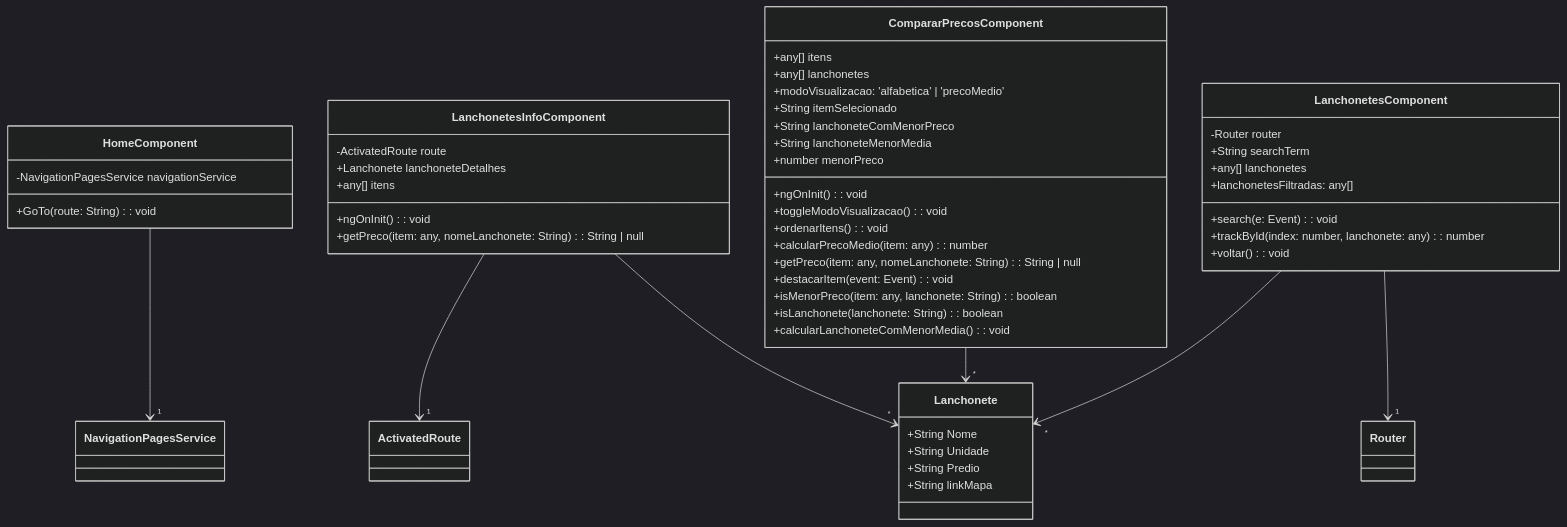
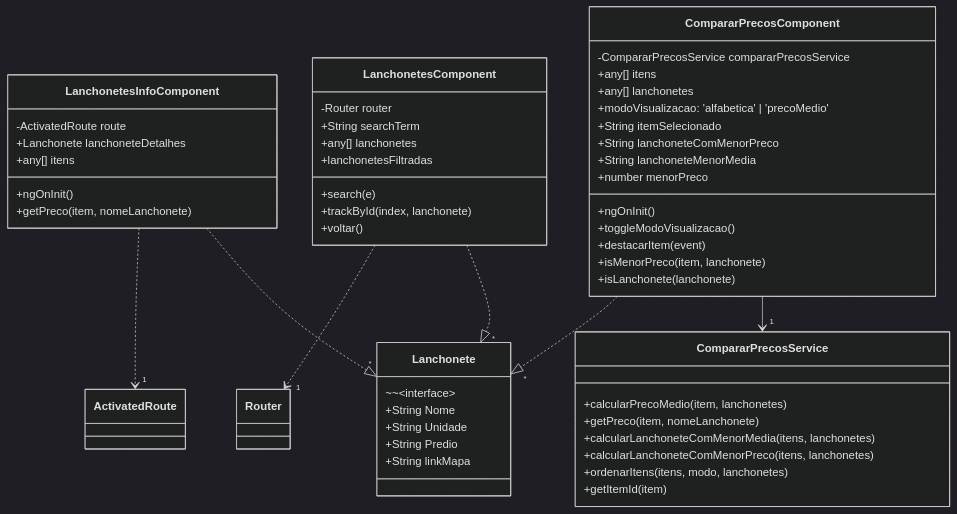
Before and after one commit to Lucas-Rezende/Onde-tem-na-UFMG: the first of 2 diagrams in README.md, drawn with Mermaid (dark theme).

````diff
--- a/README.md
+++ b/README.md
@@ -89,59 +89,68 @@
 ```mermaid
 classDiagram
+direction TB
+    class Lanchonete {
+	    ~~~interface~
+	    +String Nome
+	    +String Unidade
+	    +String Predio
+	    +String linkMapa
+    }
 
-class Lanchonete {
-  +String Nome
-  +String Unidade
-  +String Predio
-  +String linkMapa
-}
+    class LanchonetesInfoComponent {
+	    -ActivatedRoute route
+	    +Lanchonete lanchoneteDetalhes
+	    +any[] itens
+	    +ngOnInit()
+	    +getPreco(item, nomeLanchonete)
+    }
 
-class HomeComponent {
-  -NavigationPagesService navigationService
-  +GoTo(route: String): void
-}
+    class LanchonetesComponent {
+	    -Router router
+	    +String searchTerm
+	    +any[] lanchonetes
+	    +lanchonetesFiltradas
+	    +search(e)
+	    +trackById(index, lanchonete)
+	    +voltar()
+    }
 
-class LanchonetesInfoComponent {
-  -ActivatedRoute route
-  +Lanchonete lanchoneteDetalhes
-  +any[] itens
-  +ngOnInit(): void
-  +getPreco(item: any, nomeLanchonete: String): String | null
-}
+    class CompararPrecosComponent {
+	    -CompararPrecosService compararPrecosService
+	    +any[] itens
+	    +any[] lanchonetes
+	    +modoVisualizacao: 'alfabetica' | 'precoMedio'
+	    +String itemSelecionado
+	    +String lanchoneteComMenorPreco
+	    +String lanchoneteMenorMedia
+	    +number menorPreco
+	    +ngOnInit()
+	    +toggleModoVisualizacao()
+	    +destacarItem(event)
+	    +isMenorPreco(item, lanchonete)
+	    +isLanchonete(lanchonete)
+    }
 
-class LanchonetesComponent {
-  -Router router
-  +String searchTerm
-  +any[] lanchonetes
-  +search(e: Event): void
-  +lanchonetesFiltradas: any[]
-  +trackById(index: number, lanchonete: any): number
-  +voltar(): void
-}
+    class CompararPrecosService {
+	    +calcularPrecoMedio(item, lanchonetes)
+	    +getPreco(item, nomeLanchonete)
+	    +calcularLanchoneteComMenorMedia(itens, lanchonetes)
+      +calcularLanchoneteComMenorPreco(itens, lanchonetes)
+      +ordenarItens(itens, modo, lanchonetes)
+      +getItemId(item)
+    }
 
-class CompararPrecosComponent {
-  +any[] itens
-  +any[] lanchonetes
-  +modoVisualizacao: 'alfabetica' | 'precoMedio'
-  +String itemSelecionado
-  +String lanchoneteComMenorPreco
-  +String lanchoneteMenorMedia
-  +number menorPreco
-  +ngOnInit(): void
-  +toggleModoVisualizacao(): void
-  +ordenarItens(): void
-  +calcularPrecoMedio(item: any): number
-  +getPreco(item: any, nomeLanchonete: String): String | null
-  +destacarItem(event: Event): void
-  +isMenorPreco(item: any, lanchonete: String): boolean
-  +isLanchonete(lanchonete: String): boolean
-  +calcularLanchoneteComMenorMedia(): void
-}
+    class ActivatedRoute {
+    }
 
-HomeComponent --> "1" NavigationPagesService
-LanchonetesInfoComponent --> "1" ActivatedRoute
-LanchonetesInfoComponent --> "*" Lanchonete
-CompararPrecosComponent --> "*" Lanchonete
-LanchonetesComponent --> "1" Router
-LanchonetesComponent --> "*" Lanchonete
+    class Router {
+    }
+
+    LanchonetesInfoComponent ..> "1" ActivatedRoute
+    LanchonetesInfoComponent ..|> "*" Lanchonete
+    CompararPrecosComponent ..|> "*" Lanchonete
+    LanchonetesComponent ..> "1" Router
+    LanchonetesComponent ..|> "*" Lanchonete
+    CompararPrecosComponent --> "1" CompararPrecosService
+
 ```
````
